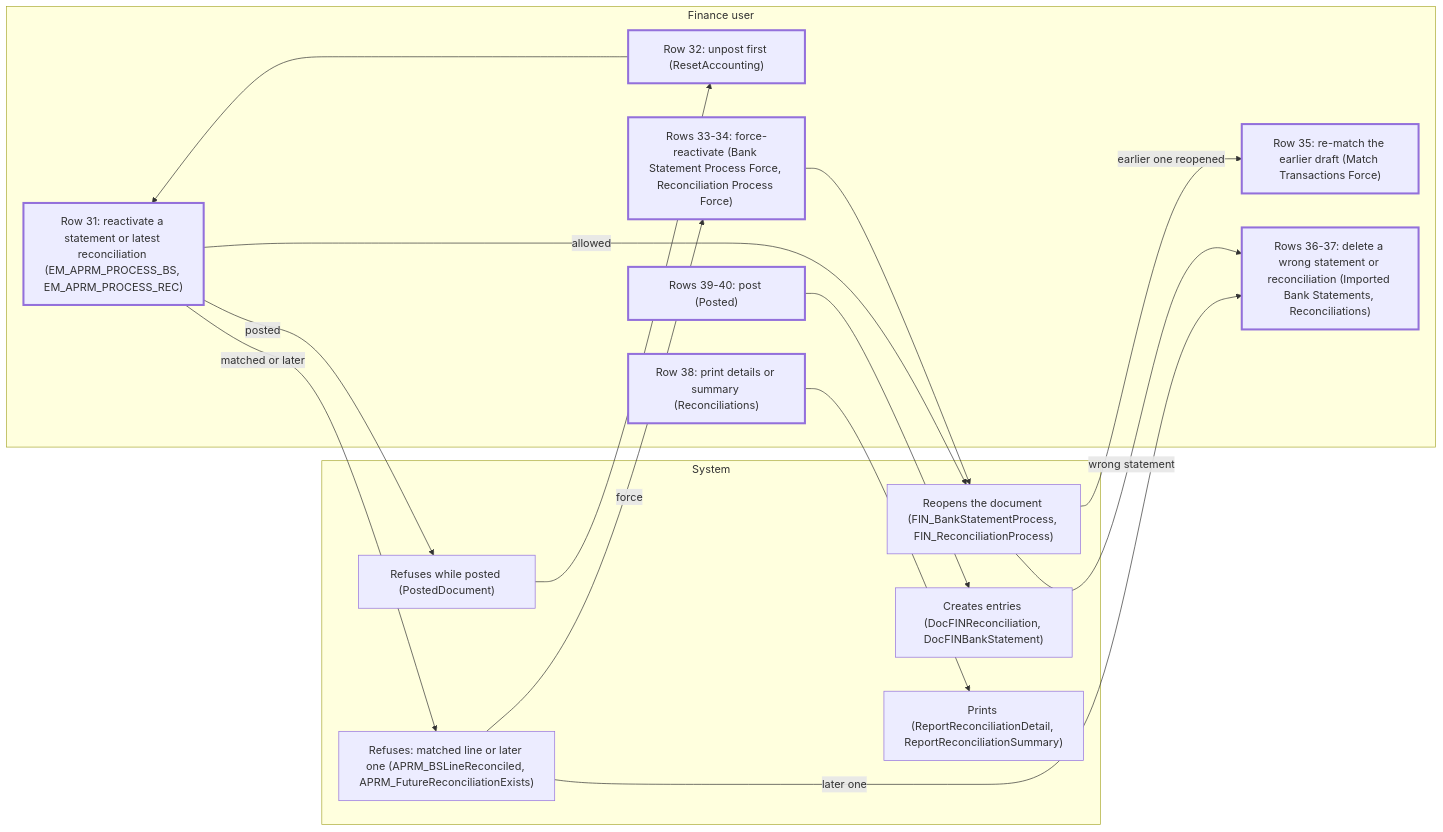
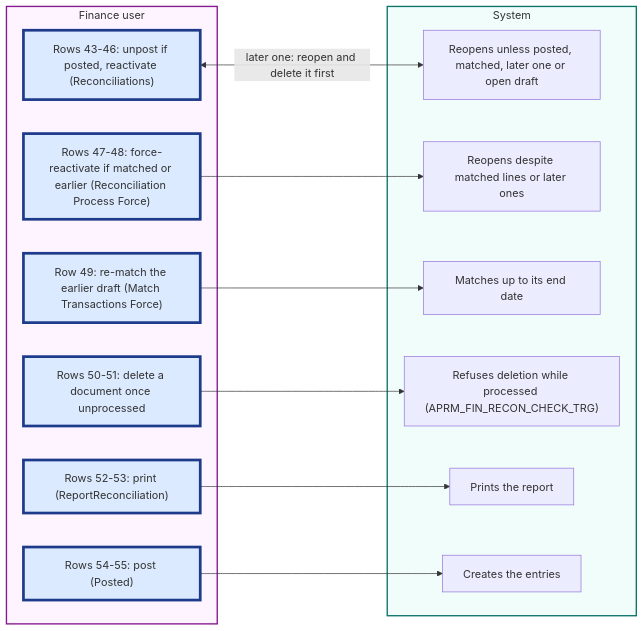
The seventh of 9 diagrams in docs/analysis/analysis-1-current-state-reconciliation.md (blitzy-public-samples/openbravo-erp), drawn with Mermaid before and after one commit. The commit also changed other lines of this file, not shown here.

First line of the commit message:
Expand Analysis 1 manual-action inventory and swimlanes

````diff
--- a/docs/analysis/analysis-1-current-state-reconciliation.md
+++ b/docs/analysis/analysis-1-current-state-reconciliation.md
@@ -334,33 +342,31 @@
 ```mermaid
 flowchart LR
+  accTitle: Figure 7. Swimlane of Corrections, Printing and Posting
+  accDescr: Refusals lead to corrections.
   subgraph People["Finance user"]
-    M31["Row 31: reactivate a statement or latest reconciliation (EM_APRM_PROCESS_BS, EM_APRM_PROCESS_REC)"]
-    M32["Row 32: unpost first (ResetAccounting)"]
-    M33["Rows 33-34: force-reactivate (Bank Statement Process Force, Reconciliation Process Force)"]
-    M35["Row 35: re-match the earlier draft (Match Transactions Force)"]
-    M36["Rows 36-37: delete a wrong statement or reconciliation (Imported Bank Statements, Reconciliations)"]
-    M38["Row 38: print details or summary (Reconciliations)"]
-    M39["Rows 39-40: post (Posted)"]
+    M43["Rows 43-46: unpost if posted, reactivate (Reconciliations)"]
+    M47["Rows 47-48: force-reactivate if matched or earlier (Reconciliation Process Force)"]
+    M49["Row 49: re-match the earlier draft (Match Transactions Force)"]
+    M50["Rows 50-51: delete a document once unprocessed"]
+    M52["Rows 52-53: print (ReportReconciliation)"]
+    M54["Rows 54-55: post (Posted)"]
   end
   subgraph System["System"]
-    S1["Refuses while posted (PostedDocument)"]
-    S2["Refuses: matched line or later one (APRM_BSLineReconciled, APRM_FutureReconciliationExists)"]
-    S3["Reopens the document (FIN_BankStatementProcess, FIN_ReconciliationProcess)"]
-    S4["Creates entries (DocFINReconciliation, DocFINBankStatement)"]
-    S5["Prints (ReportReconciliationDetail, ReportReconciliationSummary)"]
+    S1["Reopens unless posted, matched, later one or open draft"]
+    S6["Reopens despite matched lines or later ones"]
+    S4["Matches up to its end date"]
+    S5["Refuses deletion while processed (APRM_FIN_RECON_CHECK_TRG)"]
+    S2["Prints the report"]
+    S3["Creates the entries"]
   end
-  M31 -->|"posted"| S1
-  S1 --> M32
-  M32 --> M31
-  M31 -->|"matched or later"| S2
-  S2 -->|"force"| M33
-  S2 -->|"later one"| M36
-  M31 -->|"allowed"| S3
-  M33 --> S3
-  S3 -->|"earlier one reopened"| M35
-  S3 -->|"wrong statement"| M36
-  M38 --> S5
-  M39 --> S4
-  classDef manual stroke-width:3px
-  class M31,M32,M33,M35,M36,M38,M39 manual
+  M43<-->|"later one: reopen and delete it first"|S1
+  M47-->S6
+  M49-->S4
+  M50-->S5
+  M52-->S2
+  M54-->S3
+  style People fill:#fdf4ff,stroke:#86198f,stroke-width:2px
+  style System fill:#f0fdfa,stroke:#0f766e,stroke-width:2px
+  classDef manual fill:#dbeafe,stroke:#1e3a8a,stroke-width:4px
+  class M43,M47,M49,M50,M52,M54 manual
 ```
````
